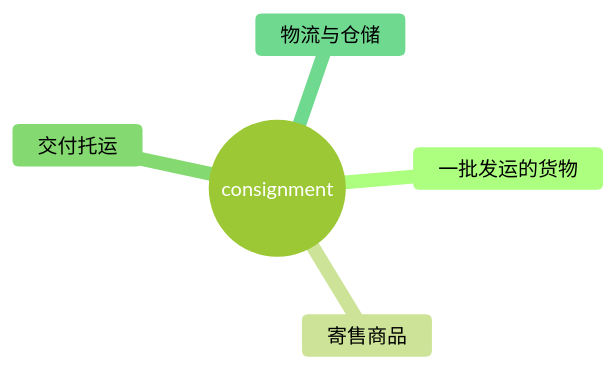
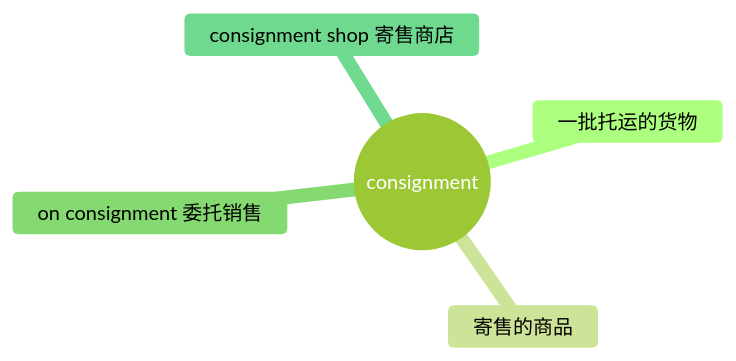
One commit to seki999/DialogueFlow changed the second of 5 diagrams in slides_backup/托业单词/20260630/07.md. Above: the diagram before and after it, drawn with Mermaid (forest theme). The commit also changed other lines of this file and 28 other files, not shown here.

````diff
--- a/slides_backup/托业单词/20260630/07.md
+++ b/slides_backup/托业单词/20260630/07.md
@@ -32,8 +34,8 @@
 ```mermaid
 mindmap
   root((consignment))
-    一批发运的货物
-    寄售商品
-    交付托运
-    物流与仓储
+    一批托运的货物
+    寄售的商品
+    on consignment 委托销售
+    consignment shop 寄售商店
 ```
````
